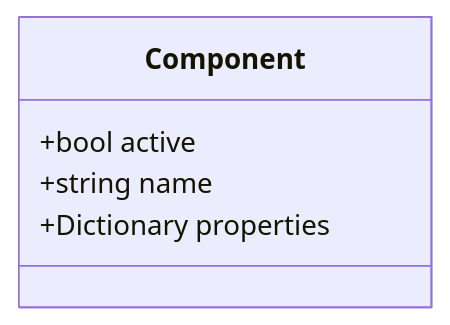
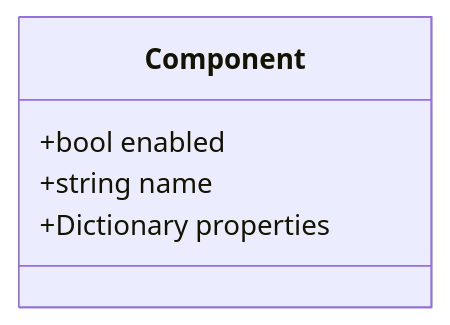
Before and after one commit to eormeno/base-project: the second of 4 diagrams in docs/engines_arch.md, drawn with Mermaid. The commit also changed 14 other files, not shown here.

````diff
--- a/docs/engines_arch.md
+++ b/docs/engines_arch.md
@@ -101,8 +101,8 @@
 ```mermaid
 classDiagram
     class Component {
-        +bool active
+        +bool enabled
         +string name
         +Dictionary properties
     }
 ```
````
